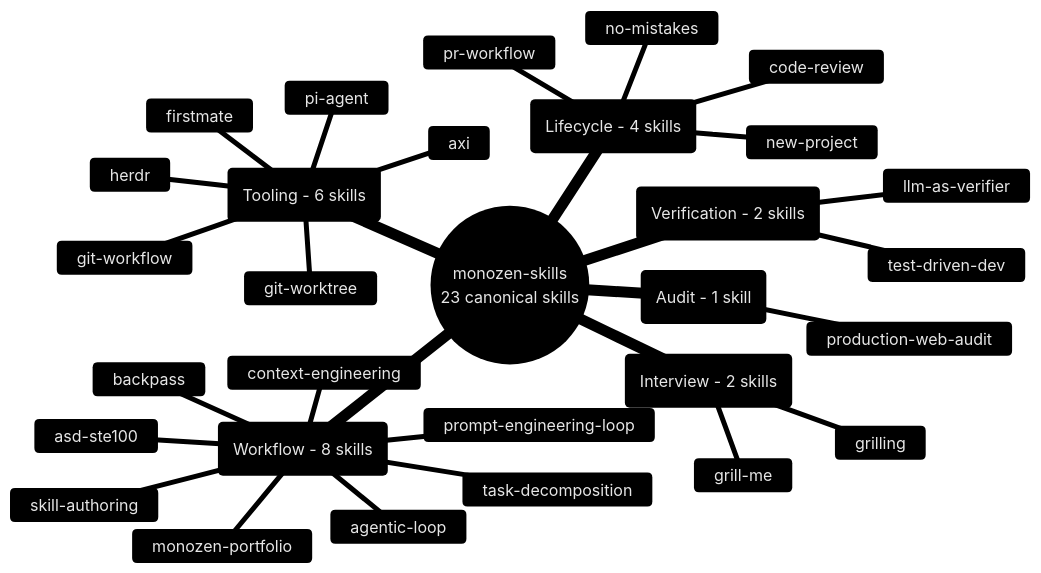
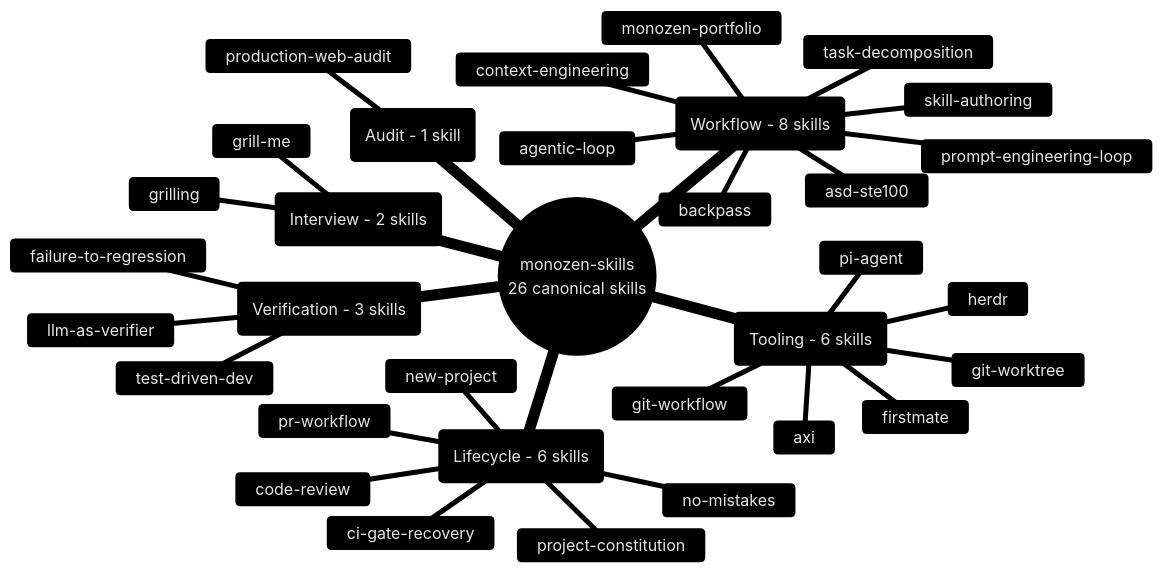
Before and after one commit to 8-BitRhyon/monozen-skills: the diagram in assets/skill-taxonomy.mmd, drawn with Mermaid. The commit also changed 15 other files, not shown here.

```diff
--- a/assets/skill-taxonomy.mmd
+++ b/assets/skill-taxonomy.mmd
@@ -1,33 +1,36 @@
 %%{init: {'theme': 'base', 'themeVariables': {'primaryColor': '#1a1a2e', 'primaryTextColor': '#e6e6e6', 'primaryBorderColor': '#8b7eff', 'lineColor': '#5a5a8a', 'secondaryColor': '#12132b', 'tertiaryColor': '#0b0c15', 'fontFamily': 'Inter, system-ui, sans-serif'}}}%%
 
 mindmap
-  root((monozen-skills<br/>23 canonical skills))
-    ::_(Lifecycle - 4 skills)
+  root((monozen-skills<br/>26 canonical skills))
+    ::_(Lifecycle - 6 skills)
       new-project
+      project-constitution
       code-review
       pr-workflow
+      ci-gate-recovery
       no-mistakes
-    ::_(Verification - 2 skills)
+    ::_(Verification - 3 skills)
       test-driven-dev
+      failure-to-regression
       llm-as-verifier
     ::_(Interview - 2 skills)
       grill-me
       grilling
     ::_(Workflow - 8 skills)
       agentic-loop
       asd-ste100
       backpass
       monozen-portfolio
       task-decomposition
       context-engineering
       prompt-engineering-loop
       skill-authoring
     ::_(Audit - 1 skill)
       production-web-audit
     ::_(Tooling - 6 skills)
       axi
       firstmate
       pi-agent
       herdr
       git-worktree
       git-workflow
```
